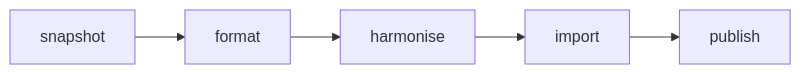
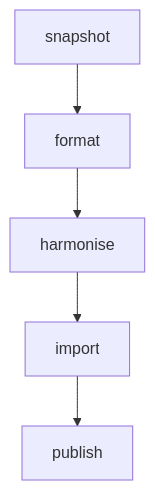
One commit to owid/etl changed the diagram in docs/architecture/workflow/index.md. Above: the diagram before and after it, drawn with Mermaid. The commit also changed other lines of this file and 35 other files, not shown here.

````diff
--- a/docs/architecture/workflow/index.md
+++ b/docs/architecture/workflow/index.md
@@ -8,5 +8,5 @@
 ```mermaid
-graph LR
+graph TB
 
 snapshot --> format --> harmonise --> import --> publish
 ```
````
